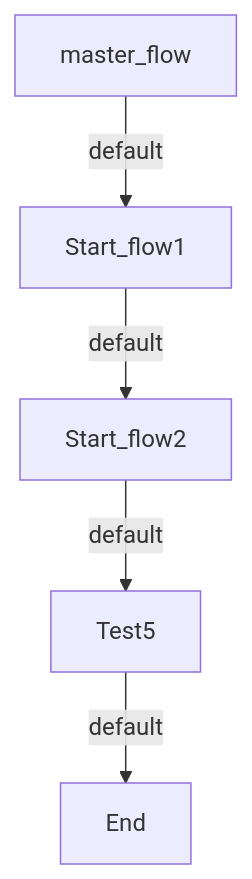
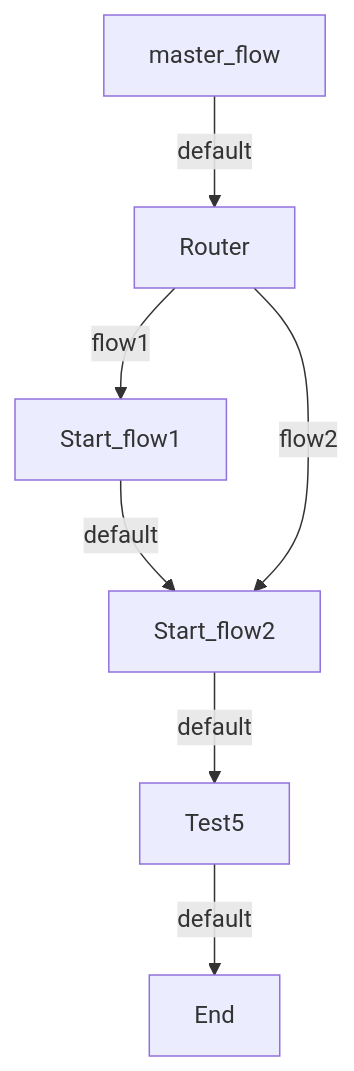
Before and after one commit to datanooblol/broverse: the diagram in flowtoflow.md, drawn with Mermaid. The commit also changed 1 other file, not shown here.

Commit message:
test router

````diff
--- a/flowtoflow.md
+++ b/flowtoflow.md
@@ -1,7 +1,9 @@
 ```mermaid
 flowchart TD
-    master_flow -->|default| Start_flow1
+    master_flow -->|default| Router
+    Router -->|flow1| Start_flow1
     Start_flow1 -->|default| Start_flow2
     Start_flow2 -->|default| Test5
     Test5 -->|default| End
+    Router -->|flow2| Start_flow2
 ```
````
